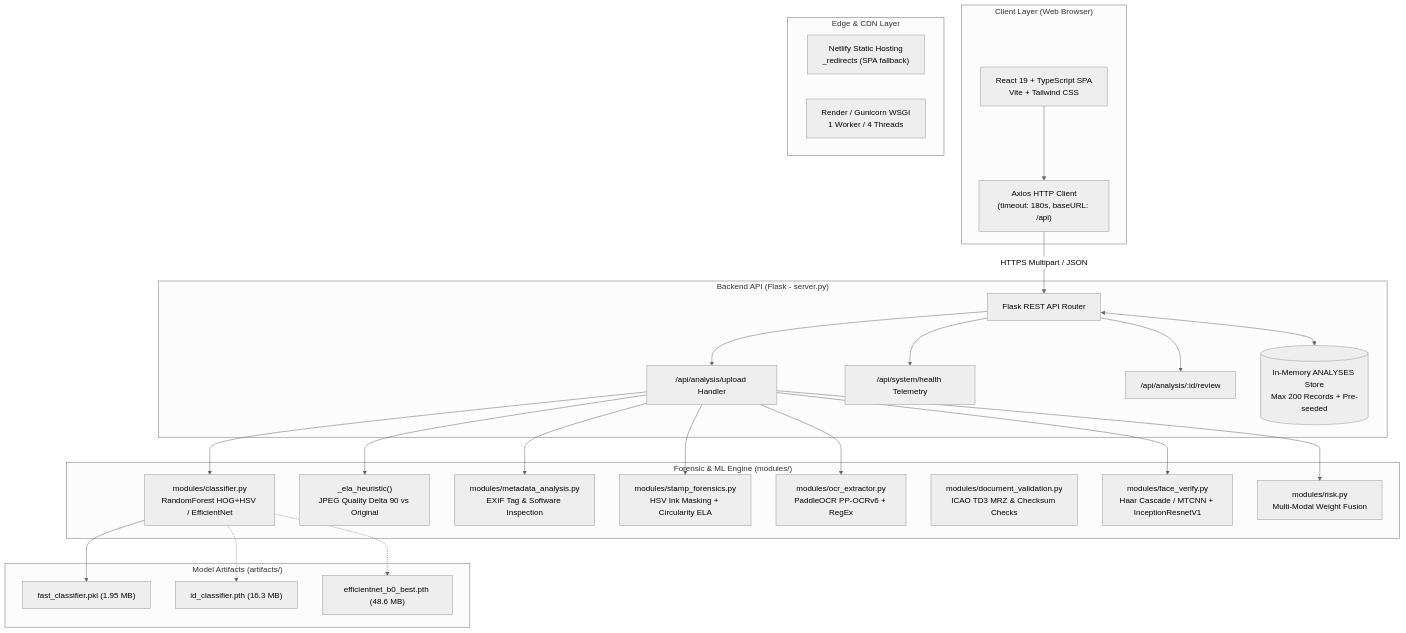
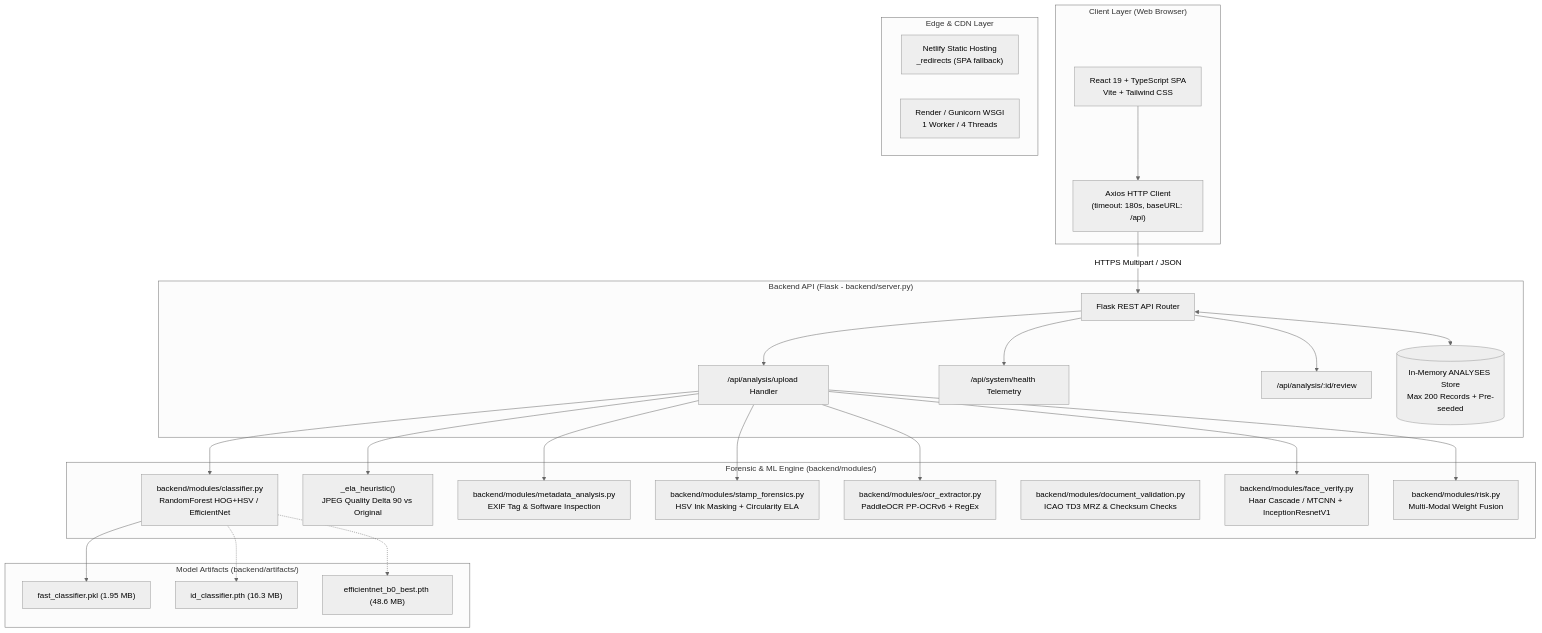
Before and after one commit to aryanjhanwar/AI-Based-Fake-Identity-Document-Screening-System: the first of 3 diagrams in SYSTEM_ARCHITECTURE.md, drawn with Mermaid (neutral theme).

Commit message:
Update system architecture document to reflect backend/ directory

````diff
--- a/SYSTEM_ARCHITECTURE.md
+++ b/SYSTEM_ARCHITECTURE.md
@@ -72,56 +72,56 @@
 ```mermaid
 graph TB
     subgraph ClientLayer ["Client Layer (Web Browser)"]
         UI["React 19 + TypeScript SPA<br/>Vite + Tailwind CSS"]
         AxiosClient["Axios HTTP Client<br/>(timeout: 180s, baseURL: /api)"]
         UI --> AxiosClient
     end
 
     subgraph EdgeDeploy ["Edge & CDN Layer"]
         Netlify["Netlify Static Hosting<br/>_redirects (SPA fallback)"]
         Render["Render / Gunicorn WSGI<br/>1 Worker / 4 Threads"]
     end
 
-    subgraph BackendCore ["Backend API (Flask - server.py)"]
+    subgraph BackendCore ["Backend API (Flask - backend/server.py)"]
         Router["Flask REST API Router"]
         UploadHandler["/api/analysis/upload Handler"]
         HealthHandler["/api/system/health Telemetry"]
         ReviewHandler["/api/analysis/:id/review"]
         DataStore[("In-Memory ANALYSES Store<br/>Max 200 Records + Pre-seeded")]
     end
 
-    subgraph ForensicModules ["Forensic & ML Engine (modules/)"]
-        Classifier["modules/classifier.py<br/>RandomForest HOG+HSV / EfficientNet"]
+    subgraph ForensicModules ["Forensic & ML Engine (backend/modules/)"]
+        Classifier["backend/modules/classifier.py<br/>RandomForest HOG+HSV / EfficientNet"]
         ELA["_ela_heuristic()<br/>JPEG Quality Delta 90 vs Original"]
-        Metadata["modules/metadata_analysis.py<br/>EXIF Tag & Software Inspection"]
-        Stamps["modules/stamp_forensics.py<br/>HSV Ink Masking + Circularity ELA"]
-        OCR["modules/ocr_extractor.py<br/>PaddleOCR PP-OCRv6 + RegEx"]
-        DocVal["modules/document_validation.py<br/>ICAO TD3 MRZ & Checksum Checks"]
-        Face["modules/face_verify.py<br/>Haar Cascade / MTCNN + InceptionResnetV1"]
-        RiskEngine["modules/risk.py<br/>Multi-Modal Weight Fusion"]
+        Metadata["backend/modules/metadata_analysis.py<br/>EXIF Tag & Software Inspection"]
+        Stamps["backend/modules/stamp_forensics.py<br/>HSV Ink Masking + Circularity ELA"]
+        OCR["backend/modules/ocr_extractor.py<br/>PaddleOCR PP-OCRv6 + RegEx"]
+        DocVal["backend/modules/document_validation.py<br/>ICAO TD3 MRZ & Checksum Checks"]
+        Face["backend/modules/face_verify.py<br/>Haar Cascade / MTCNN + InceptionResnetV1"]
+        RiskEngine["backend/modules/risk.py<br/>Multi-Modal Weight Fusion"]
     end
 
-    subgraph ArtifactsStorage ["Model Artifacts (artifacts/)"]
+    subgraph ArtifactsStorage ["Model Artifacts (backend/artifacts/)"]
         RFModel["fast_classifier.pkl (1.95 MB)"]
         TorchModel["id_classifier.pth (16.3 MB)"]
         BestTorch["efficientnet_b0_best.pth (48.6 MB)"]
     end
 
     AxiosClient -->|HTTPS Multipart / JSON| Router
     Router --> UploadHandler
     Router --> HealthHandler
     Router --> ReviewHandler
     Router <--> DataStore
 
     UploadHandler --> Classifier
     UploadHandler --> ELA
     UploadHandler --> Metadata
     UploadHandler --> Stamps
     UploadHandler --> OCR
     UploadHandler --> Face
     UploadHandler --> RiskEngine
 
     Classifier --> RFModel
     Classifier -.-> TorchModel
     Classifier -.-> BestTorch
 ```
````
